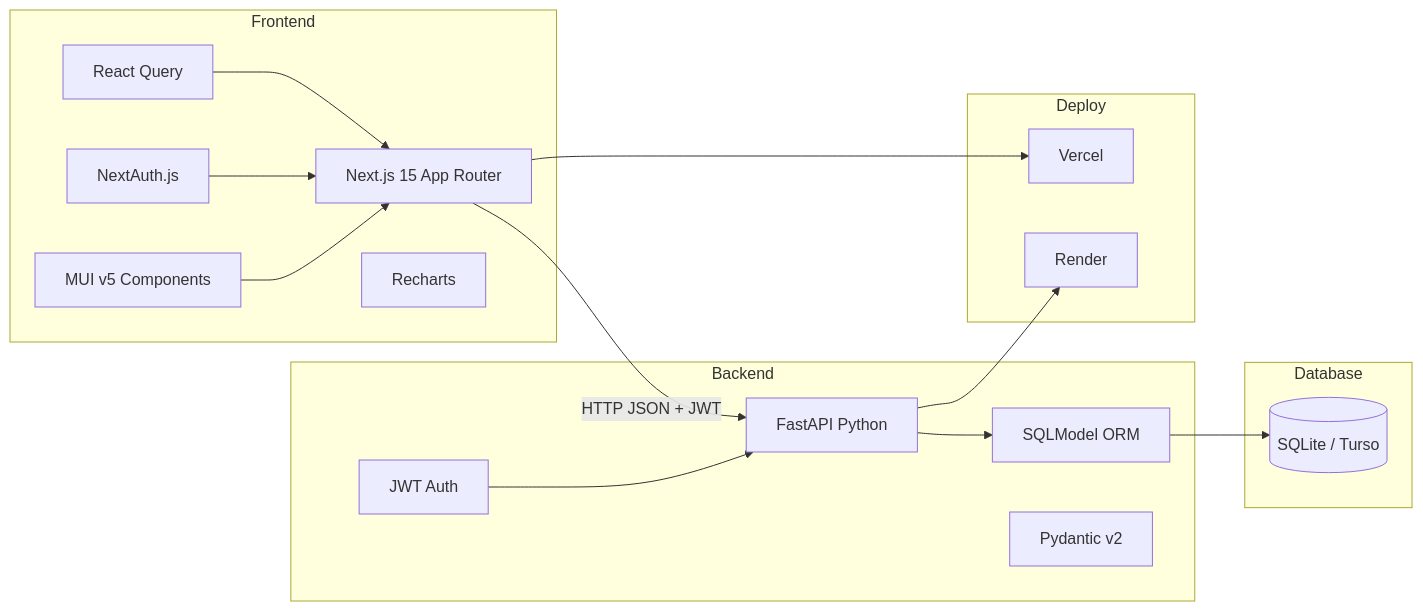
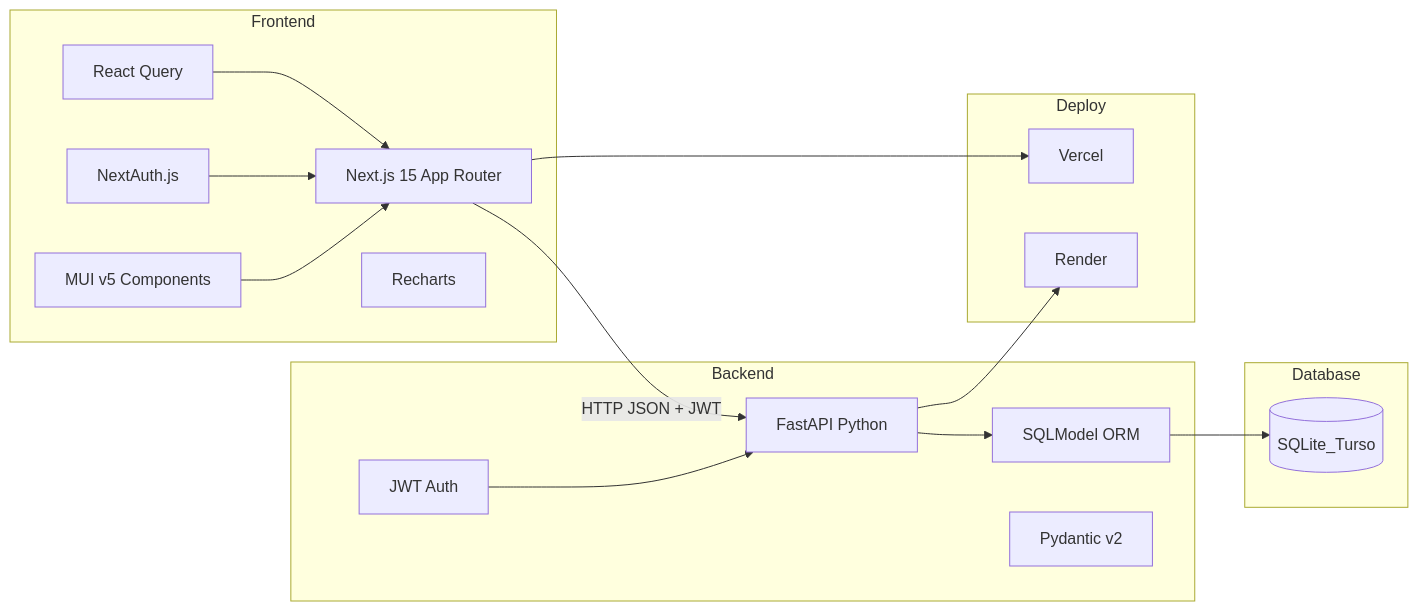
The first of 8 diagrams in ARCHITECTURE.md (jhonrsalcedo/dailyfinance), drawn with Mermaid before and after one commit. The commit also changed other lines of this file, not shown here.

First line of the commit message:
docs: fix Mermaid diagrams in ARCHITECTURE.md

````diff
--- a/ARCHITECTURE.md
+++ b/ARCHITECTURE.md
@@ -9,36 +9,36 @@
 ```mermaid
 graph LR
     subgraph Frontend
         A1[Next.js 15 App Router]
         A2[MUI v5 Components]
         A3[React Query]
         A4[NextAuth.js]
         A5[Recharts]
     end
     
     subgraph Backend
         B1[FastAPI Python]
         B2[SQLModel ORM]
         B3[Pydantic v2]
         B4[JWT Auth]
     end
     
     subgraph Database
-        C[(SQLite / Turso)]
+        C[(SQLite_Turso)]
     end
     
     subgraph Deploy
         D1[Vercel]
         D2[Render]
     end
     
     A1 -->|HTTP JSON + JWT| B1
     A3 --> A1
     A4 --> A1
     A2 --> A1
     B1 --> B2
     B2 --> C
     B4 --> B1
     A1 --> D1
     B1 --> D2
 ```
````
